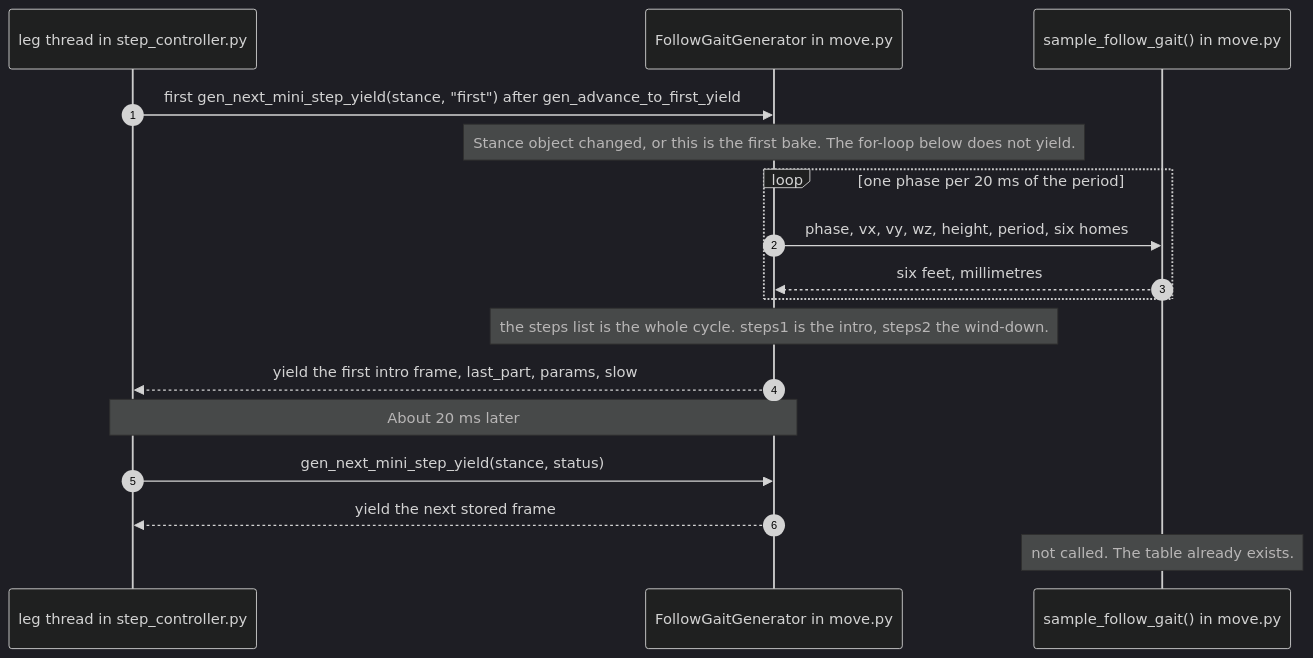
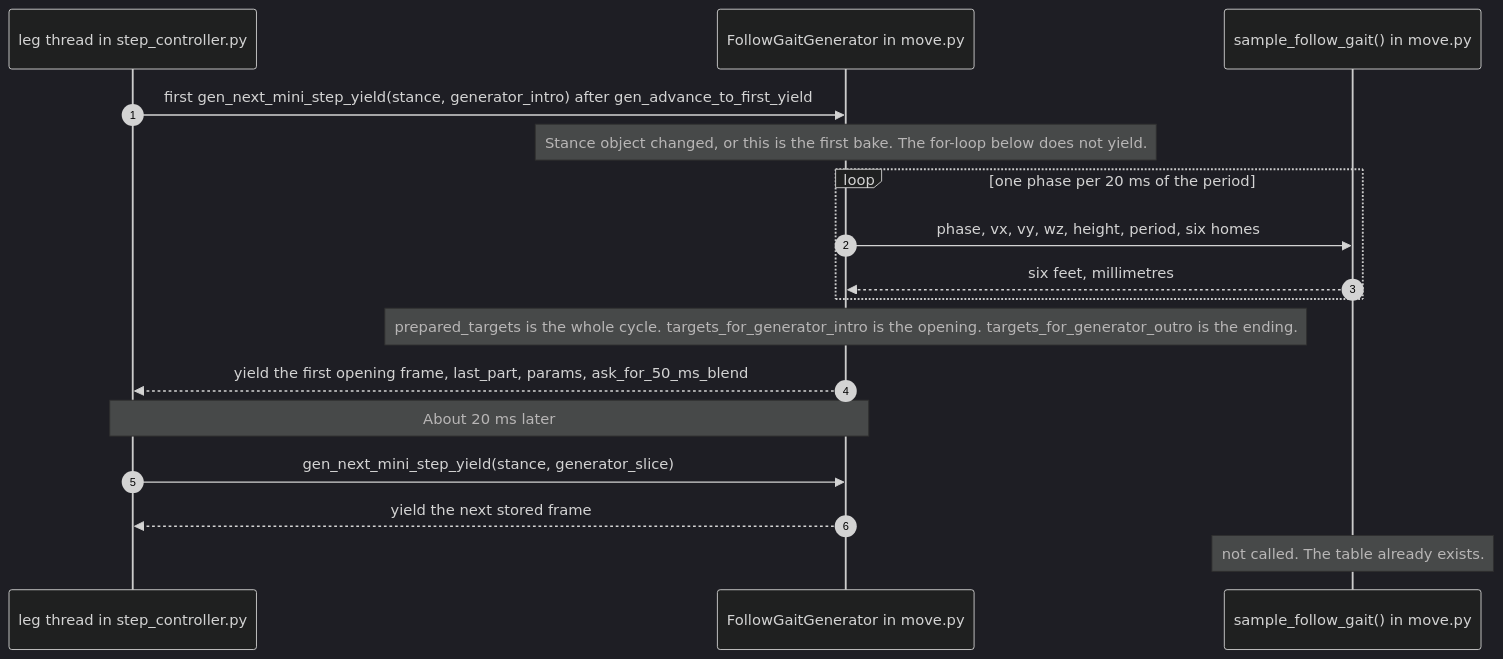
Before and after one commit to ganapetya/masha: the fourth of 8 diagrams in ros2_ws/src/hexapod_kinematics/movement.md, drawn with Mermaid (dark theme). The commit also changed other lines of this file and 9 other files, not shown here.

````diff
--- a/ros2_ws/src/hexapod_kinematics/movement.md
+++ b/ros2_ws/src/hexapod_kinematics/movement.md
@@ -214,20 +214,20 @@
 ```mermaid
 sequenceDiagram
     autonumber
     participant Legs as leg thread in step_controller.py
     participant Film as FollowGaitGenerator in move.py
     participant Sample as sample_follow_gait() in move.py
 
-    Legs->>Film: first gen_next_mini_step_yield(stance, "first") after gen_advance_to_first_yield
+    Legs->>Film: first gen_next_mini_step_yield(stance, generator_intro) after gen_advance_to_first_yield
     Note over Film: Stance object changed, or this is the first bake. The for-loop below does not yield.
     loop one phase per 20 ms of the period
         Film->>Sample: phase, vx, vy, wz, height, period, six homes
         Sample-->>Film: six feet, millimetres
     end
-    Note over Film: the steps list is the whole cycle. steps1 is the intro, steps2 the wind-down.
-    Film-->>Legs: yield the first intro frame, last_part, params, slow
+    Note over Film: prepared_targets is the whole cycle. targets_for_generator_intro is the opening. targets_for_generator_outro is the ending.
+    Film-->>Legs: yield the first opening frame, last_part, params, ask_for_50_ms_blend
     Note over Legs,Film: About 20 ms later
-    Legs->>Film: gen_next_mini_step_yield(stance, status)
+    Legs->>Film: gen_next_mini_step_yield(stance, generator_slice)
     Film-->>Legs: yield the next stored frame
     Note over Sample: not called. The table already exists.
 ```
````
